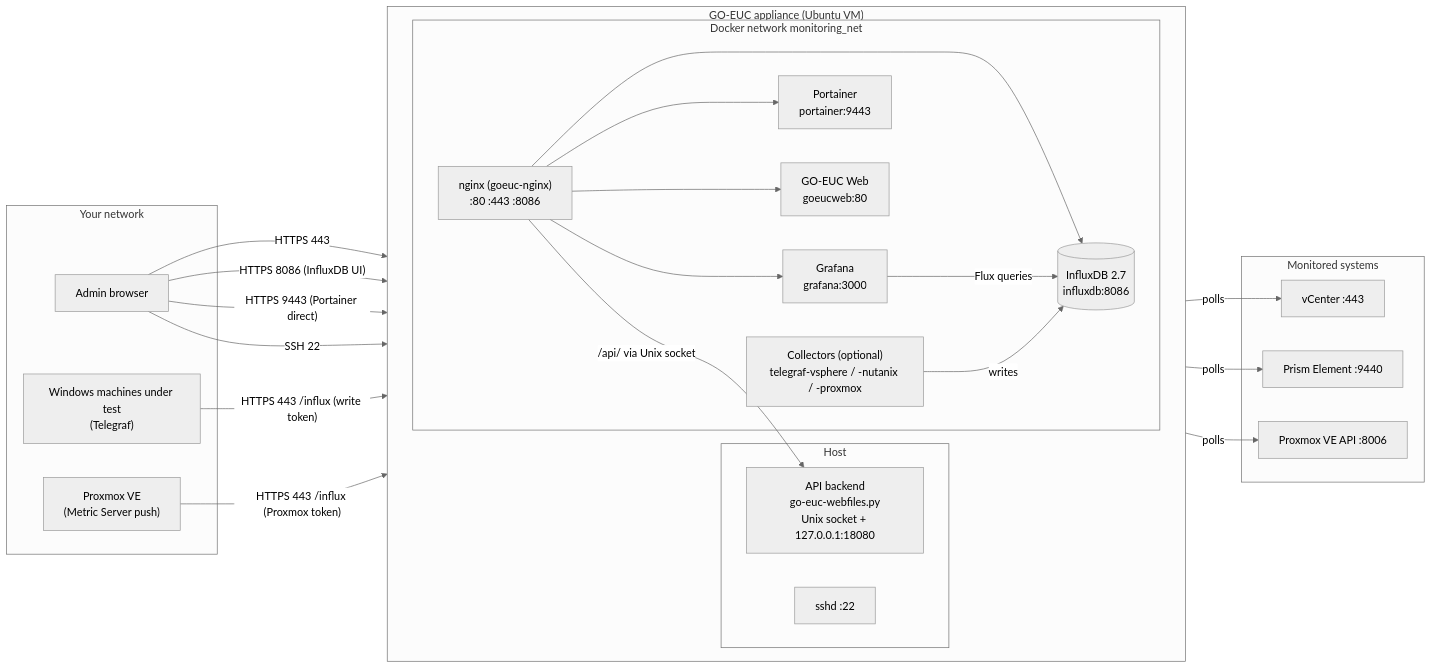
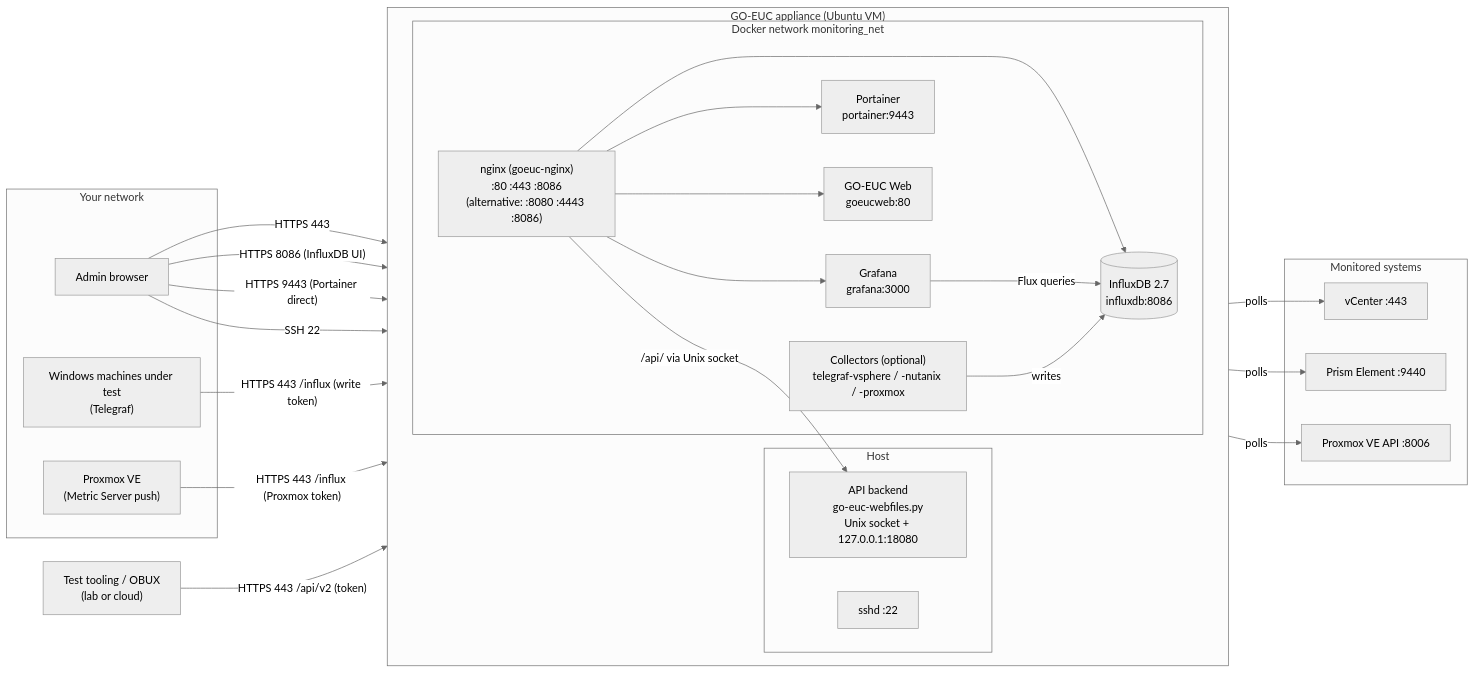
Before and after one commit to GO-EUC/Influx_grafana_deploy: the first of 4 diagrams in docs/architecture.md, drawn with Mermaid (neutral theme). The commit also changed other lines of this file and 18 other files, not shown here.

````diff
--- a/docs/architecture.md
+++ b/docs/architecture.md
@@ -7,49 +9,50 @@
 ```mermaid
 flowchart LR
     subgraph clients["Your network"]
         admin["Admin browser"]
         win["Windows machines under test<br/>(Telegraf)"]
         pve_push["Proxmox VE<br/>(Metric Server push)"]
     end
 
     subgraph vm["GO-EUC appliance (Ubuntu VM)"]
         direction LR
         subgraph host["Host"]
             ssh["sshd :22"]
             api["API backend<br/>go-euc-webfiles.py<br/>Unix socket + 127.0.0.1:18080"]
         end
         subgraph docker["Docker network monitoring_net"]
-            nginx["nginx (goeuc-nginx)<br/>:80 :443 :8086"]
+            nginx["nginx (goeuc-nginx)<br/>:80 :443 :8086<br/>(alternative: :8080 :4443 :8086)"]
             influx[("InfluxDB 2.7<br/>influxdb:8086")]
             grafana["Grafana<br/>grafana:3000"]
             portainer["Portainer<br/>portainer:9443"]
             goeucweb["GO-EUC Web<br/>goeucweb:80"]
             coll["Collectors (optional)<br/>telegraf-vsphere / -nutanix / -proxmox"]
         end
     end
 
     subgraph targets["Monitored systems"]
         vc["vCenter :443"]
         pe["Prism Element :9440"]
         pve["Proxmox VE API :8006"]
     end
 
     admin -- "HTTPS 443" --> nginx
     admin -- "HTTPS 8086 (InfluxDB UI)" --> nginx
     admin -- "HTTPS 9443 (Portainer direct)" --> portainer
     admin -- "SSH 22" --> ssh
     win -- "HTTPS 443 /influx (write token)" --> nginx
     pve_push -- "HTTPS 443 /influx (Proxmox token)" --> nginx
+    tools["Test tooling / OBUX<br/>(lab or cloud)"] -- "HTTPS 443 /api/v2 (token)" --> nginx
 
     nginx --> grafana
     nginx --> influx
     nginx --> portainer
     nginx --> goeucweb
     nginx -- "/api/ via Unix socket" --> api
 
     grafana -- "Flux queries" --> influx
     coll -- "writes" --> influx
     coll -- "polls" --> vc
     coll -- "polls" --> pe
     coll -- "polls" --> pve
 ```
````
